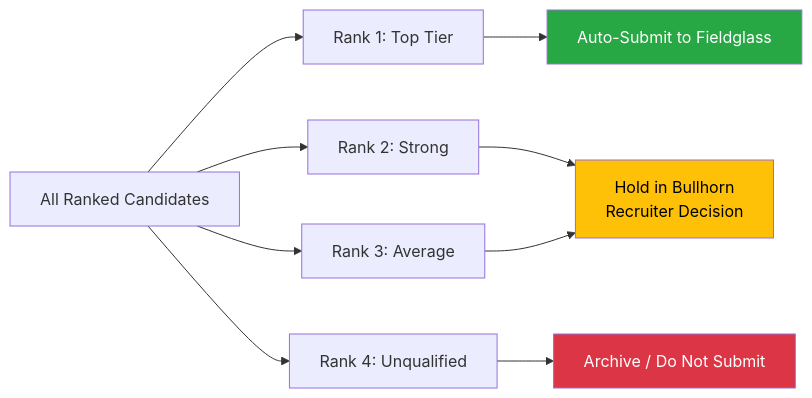
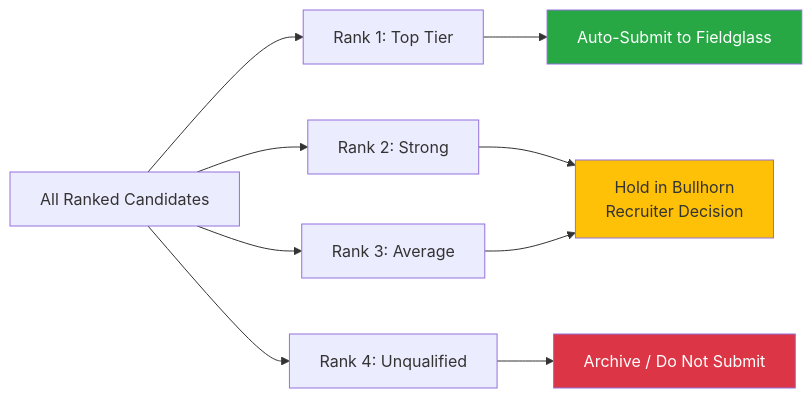
The sixth of 9 diagrams in FUTURE_STATE_FIELDGLASS_INTEGRATION.md (Jackson-G2/bullhorn-ai-integration), drawn with Mermaid before and after one commit. The commit also changed other lines of this file and 15 other files, not shown here.

First line of the commit message:
Fix diagram text readability by using dark text on light fills

````diff
--- a/FUTURE_STATE_FIELDGLASS_INTEGRATION.md
+++ b/FUTURE_STATE_FIELDGLASS_INTEGRATION.md
@@ -278,16 +278,16 @@
 ```mermaid
 flowchart LR
     All[All Ranked Candidates] --> R1[Rank 1: Top Tier]
     All --> R2[Rank 2: Strong]
     All --> R3[Rank 3: Average]
     All --> R4[Rank 4: Unqualified]
 
     R1 --> Auto[Auto-Submit to Fieldglass]
     R2 --> Hold[Hold in Bullhorn<br/>Recruiter Decision]
     R3 --> Hold
     R4 --> Archive[Archive / Do Not Submit]
 
     style Auto fill:#28A745,color:#fff
-    style Hold fill:#FFC107,color:#000
+    style Hold fill:#FFC107,color:#333
     style Archive fill:#DC3545,color:#fff
 ```
````
